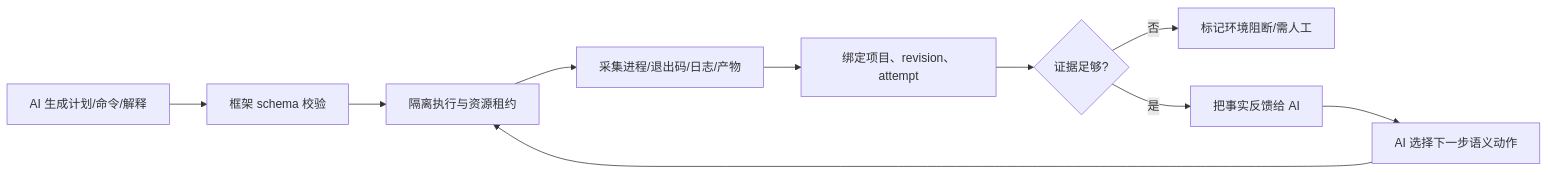
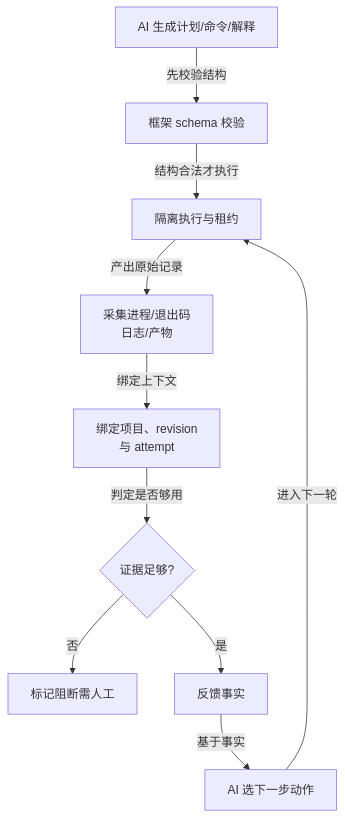
Before and after one commit to hub138/technical-knowledge: the second of 2 diagrams in vault/工程知识/AI 系统工程：从模型能力到生产能力/安全与治理/执行证据必须独立于AI结论.md, drawn with Mermaid. The commit also changed other lines of this file and 4 other files, not shown here.

````diff
--- a/vault/工程知识/AI 系统工程：从模型能力到生产能力/安全与治理/执行证据必须独立于AI结论.md
+++ b/vault/工程知识/AI 系统工程：从模型能力到生产能力/安全与治理/执行证据必须独立于AI结论.md
@@ -166,12 +177,12 @@
 ```mermaid
-flowchart LR
-    A[AI 生成计划/命令/解释] --> B[框架 schema 校验]
-    B --> C[隔离执行与资源租约]
-    C --> D[采集进程/退出码/日志/产物]
-    D --> E[绑定项目、revision、attempt]
-    E --> F{证据足够?}
-    F -- 否 --> G[标记环境阻断/需人工]
-    F -- 是 --> H[把事实反馈给 AI]
-    H --> I[AI 选择下一步语义动作]
-    I --> C
+flowchart TD
+    A[AI 生成计划/命令/解释] -->|先校验结构| B[框架 schema 校验]
+    B -->|结构合法才执行| C[隔离执行与租约]
+    C -->|产出原始记录| D[采集进程/退出码<br/>日志/产物]
+    D -->|绑定上下文| E[绑定项目、revision<br/>与 attempt]
+    E -->|判定是否够用| F{证据足够?}
+    F -->|否| G[标记阻断需人工]
+    F -->|是| H[反馈事实]
+    H -->|基于事实| I[AI 选下一步动作]
+    I -->|进入下一轮| C
 ```
````
